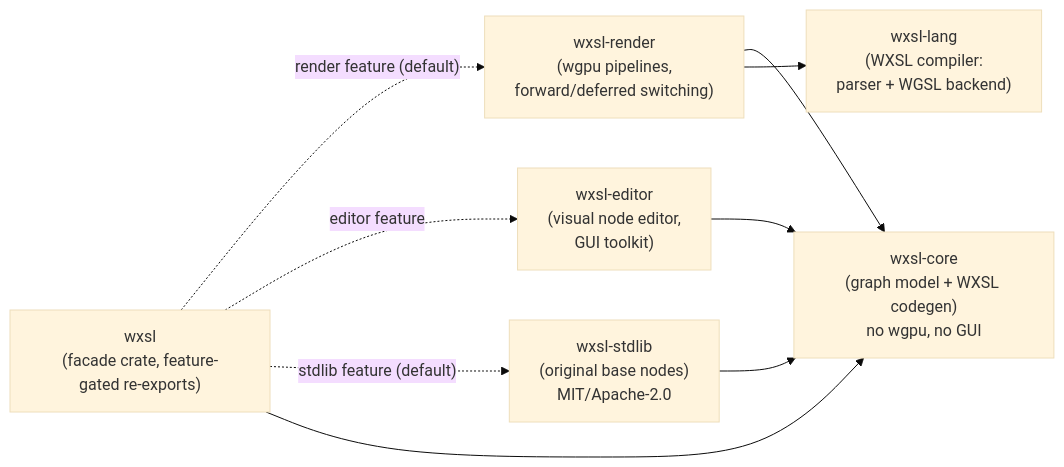
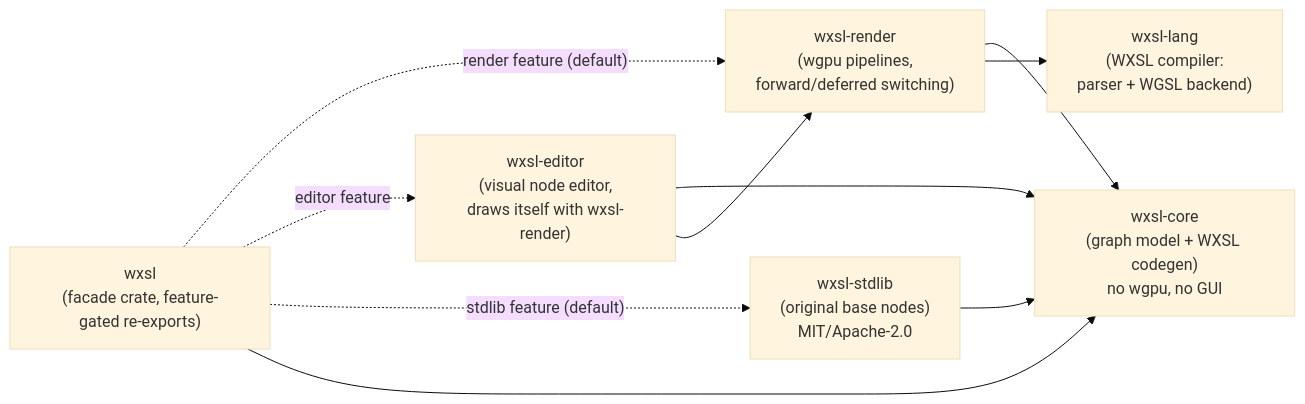
One commit to lapiequichante/wesloom changed the first of 2 diagrams in docs/architecture.md. Above: the diagram before and after it, drawn with Mermaid (base theme). The commit also changed other lines of this file and 41 other files, not shown here.

Commit message:
feat: node editor - v1

````diff
--- a/docs/architecture.md
+++ b/docs/architecture.md
@@ -20,18 +20,19 @@
 ```mermaid
 graph LR
     core["wxsl-core<br/>(graph model + WXSL codegen)<br/>no wgpu, no GUI"]
     lang["wxsl-lang<br/>(WXSL compiler:<br/>parser + WGSL backend)"]
     render["wxsl-render<br/>(wgpu pipelines,<br/>forward/deferred switching)"]
-    editor["wxsl-editor<br/>(visual node editor,<br/>GUI toolkit)"]
+    editor["wxsl-editor<br/>(visual node editor,<br/>draws itself with wxsl-render)"]
     stdlib["wxsl-stdlib<br/>(original base nodes)<br/>MIT/Apache-2.0"]
     facade["wxsl<br/>(facade crate, feature-gated re-exports)"]
 
     render --> core
     render --> lang
     editor --> core
+    editor --> render
     stdlib --> core
     facade -. "render feature (default)" .-> render
     facade -. "editor feature" .-> editor
     facade -. "stdlib feature (default)" .-> stdlib
     facade --> core
 ```
````
